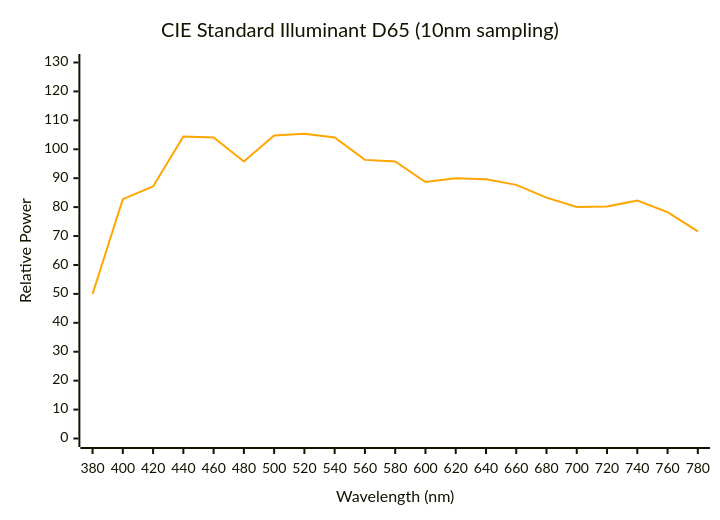
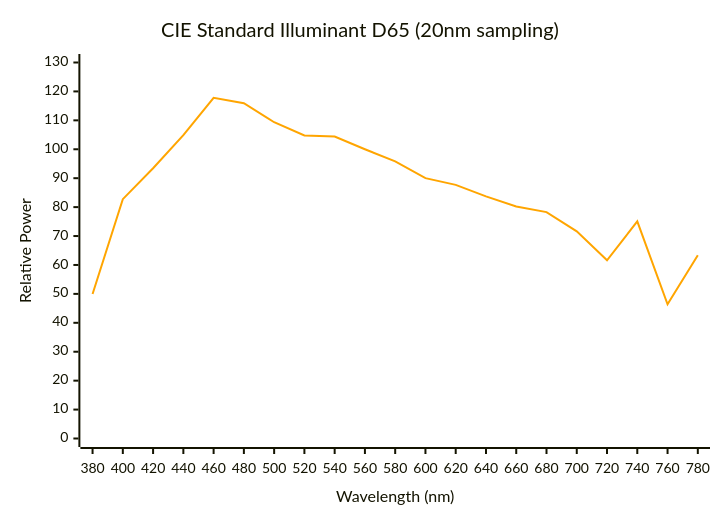
One commit to itohio/itohio.github.io changed the second of 3 diagrams in blog/content/snippets/colors/_index.md. Above: the diagram before and after it, drawn with Mermaid. The commit also changed other lines of this file and 6 other files, not shown here.

Commit message:
fix(colors,ffmpeg,imagemagick): CMF/D65 charts, CRI method and white points, HSL lightness, command option order

````diff
--- a/blog/content/snippets/colors/_index.md
+++ b/blog/content/snippets/colors/_index.md
@@ -70,13 +70,13 @@
 ```mermaid
 ---
 config:
   themeVariables:
     xyChart:
       plotColorPalette: "#ffa500"
 ---
 xychart-beta
-    title "CIE Standard Illuminant D65 (10nm sampling)"
+    title "CIE Standard Illuminant D65 (20nm sampling)"
     x-axis "Wavelength (nm)" [380, 400, 420, 440, 460, 480, 500, 520, 540, 560, 580, 600, 620, 640, 660, 680, 700, 720, 740, 760, 780]
     y-axis "Relative Power" 0 --> 130
-    line "D65" [49.98, 82.75, 87.12, 104.41, 104.05, 95.79, 104.79, 105.35, 104.05, 96.33, 95.79, 88.69, 90.01, 89.60, 87.70, 83.29, 80.03, 80.21, 82.28, 78.28, 71.61]
+    line "D65" [49.98, 82.75, 93.43, 104.86, 117.81, 115.92, 109.35, 104.79, 104.41, 100.00, 95.79, 90.01, 87.70, 83.70, 80.21, 78.28, 71.61, 61.60, 75.09, 46.42, 63.38]
 ```
````
